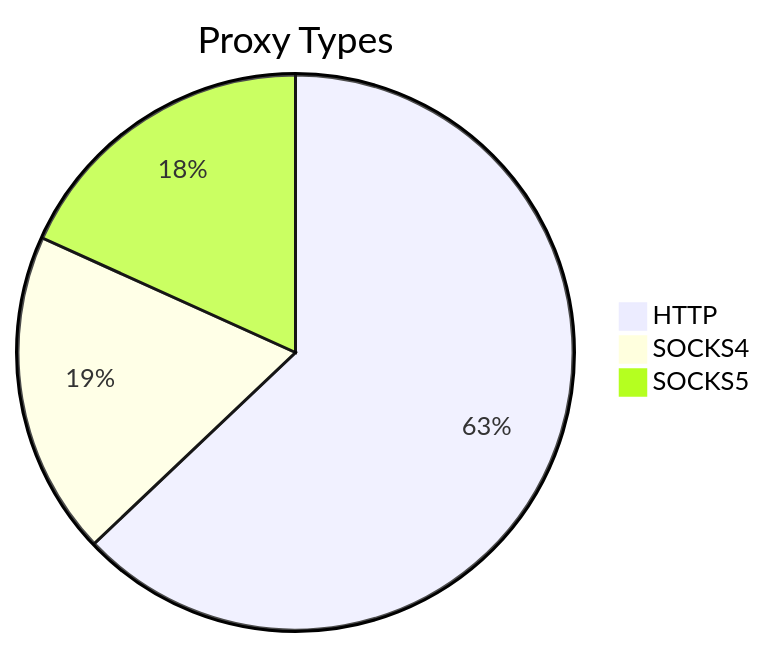
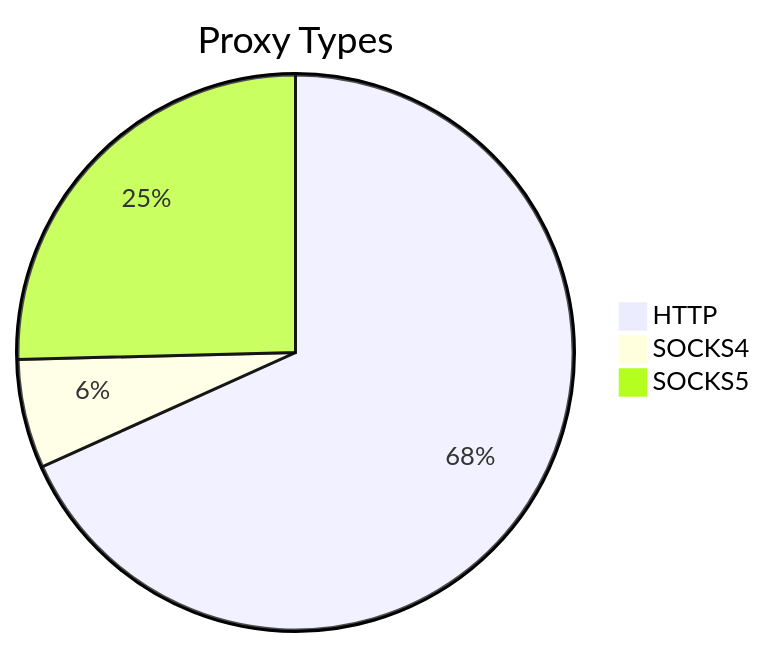
Before and after one commit to stormsia/proxy-list: the first of 2 diagrams in README.md, drawn with Mermaid. The commit also changed other lines of this file, not shown here.

````diff
--- a/README.md
+++ b/README.md
@@ -21,6 +21,6 @@
 ```mermaid
 pie title Proxy Types
-    "HTTP" : 307
-    "SOCKS4" : 92
-    "SOCKS5" : 89
+    "HTTP" : 172
+    "SOCKS4" : 16
+    "SOCKS5" : 64
 ```
````
